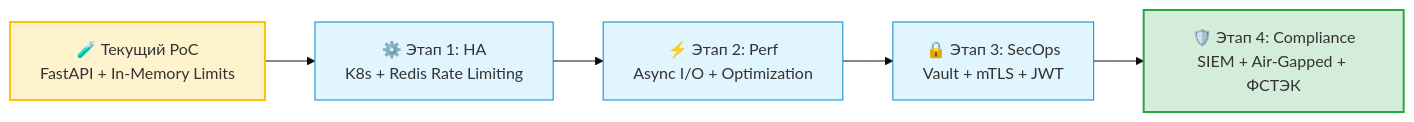
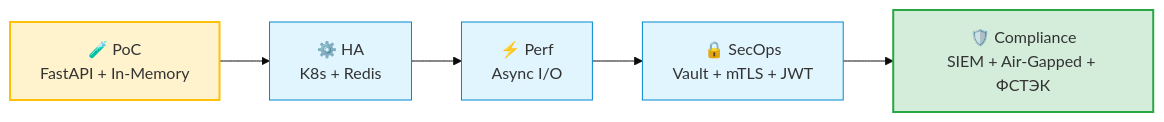
One commit to klubnikindd/AI_Security_Lab changed the ninth of 9 diagrams in README.md. Above: the diagram before and after it, drawn with Mermaid (base theme). The commit also changed other lines of this file, not shown here.

````diff
--- a/README.md
+++ b/README.md
@@ -591,13 +552,12 @@
 ```mermaid
 graph LR
-    A["🧪 Текущий PoC<br/>FastAPI + In-Memory Limits"] --> B["⚙️ Этап 1: HA<br/>K8s + Redis Rate Limiting"]
-    B --> C["⚡ Этап 2: Perf<br/>Async I/O + Optimization"]
-    C --> D["🔒 Этап 3: SecOps<br/>Vault + mTLS + JWT"]
-    D --> E["🛡️ Этап 4: Compliance<br/>SIEM + Air-Gapped + ФСТЭК"]
-
+    A["🧪 PoC<br/>FastAPI + In-Memory"] --> B["⚙️ HA<br/>K8s + Redis"]
+    B --> C["⚡ Perf<br/>Async I/O"]
+    C --> D["🔒 SecOps<br/>Vault + mTLS + JWT"]
+    D --> E["🛡️ Compliance<br/>SIEM + Air-Gapped + ФСТЭК"]
     style A fill:#fff3cd,stroke:#ffc107,stroke-width:2px
     style B fill:#e1f5fe,stroke:#0288d1,stroke-width:1px
     style C fill:#e1f5fe,stroke:#0288d1,stroke-width:1px
     style D fill:#e1f5fe,stroke:#0288d1,stroke-width:1px
     style E fill:#d4edda,stroke:#28a745,stroke-width:2px
 ```
````
